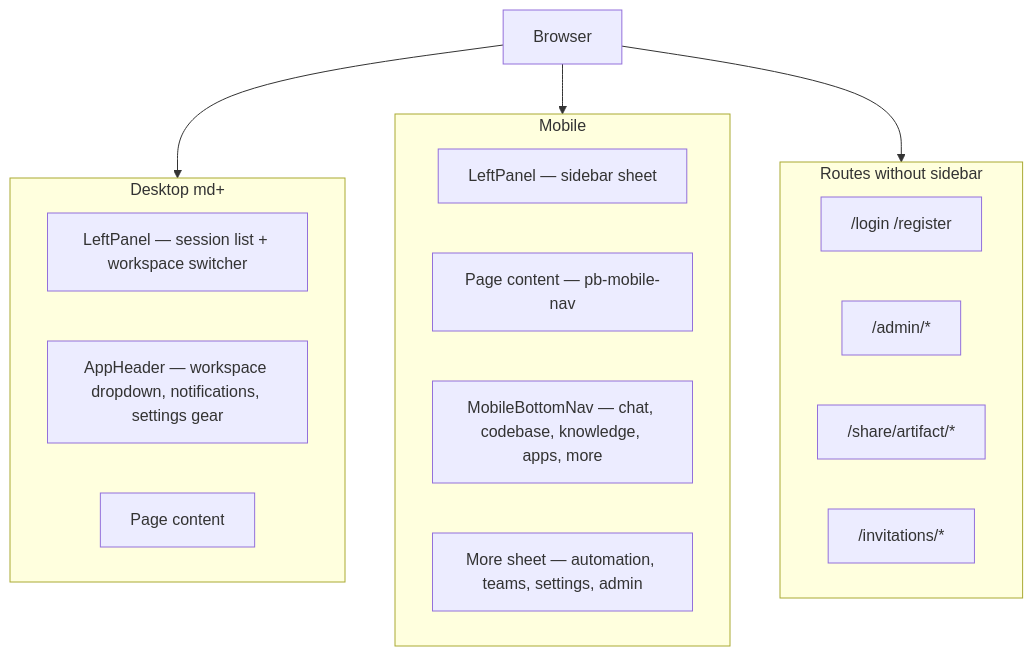
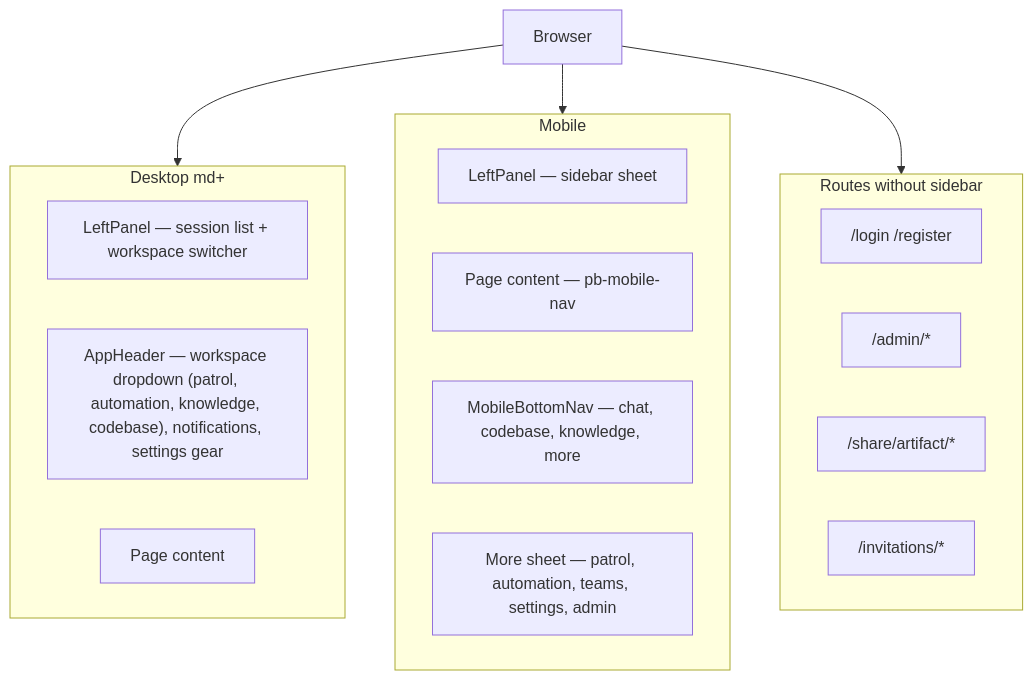
One commit to OceaLong/opencitadel changed the first of 5 diagrams in docs/architecture/frontend-ui.md. Above: the diagram before and after it, drawn with Mermaid. The commit also changed other lines of this file and 375 other files, not shown here.

````diff
--- a/docs/architecture/frontend-ui.md
+++ b/docs/architecture/frontend-ui.md
@@ -9,23 +9,23 @@
 ```mermaid
 flowchart TB
   subgraph desktop ["Desktop md+"]
     LP["LeftPanel — session list + workspace switcher"]
-    HDR["AppHeader — workspace dropdown, notifications, settings gear"]
+    HDR["AppHeader — workspace dropdown (patrol, automation, knowledge, codebase), notifications, settings gear"]
     MAIN["Page content"]
   end
   subgraph mobile ["Mobile"]
     LPm["LeftPanel — sidebar sheet"]
     MAINm["Page content — pb-mobile-nav"]
-    NAV["MobileBottomNav — chat, codebase, knowledge, apps, more"]
-    MORE["More sheet — automation, teams, settings, admin"]
+    NAV["MobileBottomNav — chat, codebase, knowledge, more"]
+    MORE["More sheet — patrol, automation, teams, settings, admin"]
   end
   subgraph noShell ["Routes without sidebar"]
     AUTH["/login /register"]
     ADMIN["/admin/*"]
     SHARE["/share/artifact/*"]
     INV["/invitations/*"]
   end
   User["Browser"] --> desktop
   User --> mobile
   User --> noShell
 ```
````
